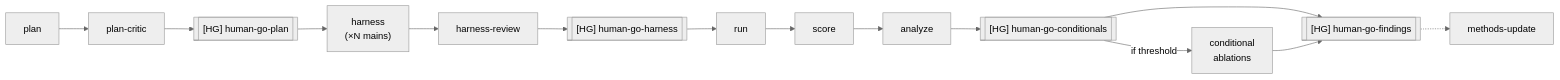
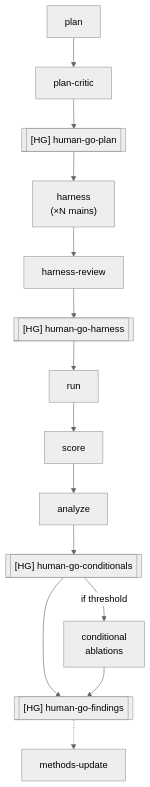
The second of 3 diagrams in README.md (phoongkhangzhie/research-vault), drawn with Mermaid (neutral theme) before and after one commit. The commit also changed other lines of this file and 1 other file, not shown here.

First line of the commit message:
docs(readme): loop diagrams LR->TD + re-ground to current topology

````diff
--- a/README.md
+++ b/README.md
@@ -172,13 +175,13 @@
 ```mermaid
-flowchart LR
+flowchart TD
     plan --> critic[plan-critic]
     critic --> HG1[["[HG] human-go-plan"]]
     HG1 --> harness["harness\n(×N mains)"] --> hr[harness-review]
     hr --> HG2[["[HG] human-go-harness"]]
     HG2 --> run --> score --> analyze
     analyze --> HG3[["[HG] human-go-conditionals"]]
     HG3 -->|if threshold| cabl["conditional\nablations"]
     HG3 --> HG4[["[HG] human-go-findings"]]
     cabl --> HG4
     HG4 -.-> methods-update
 ```
````
